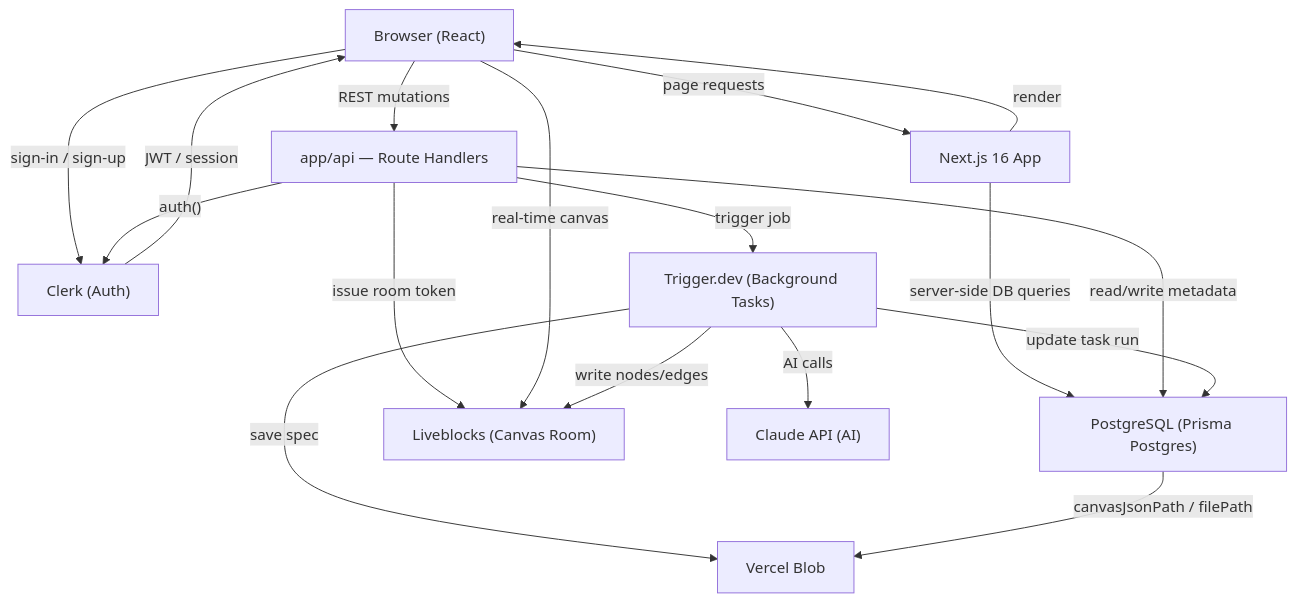
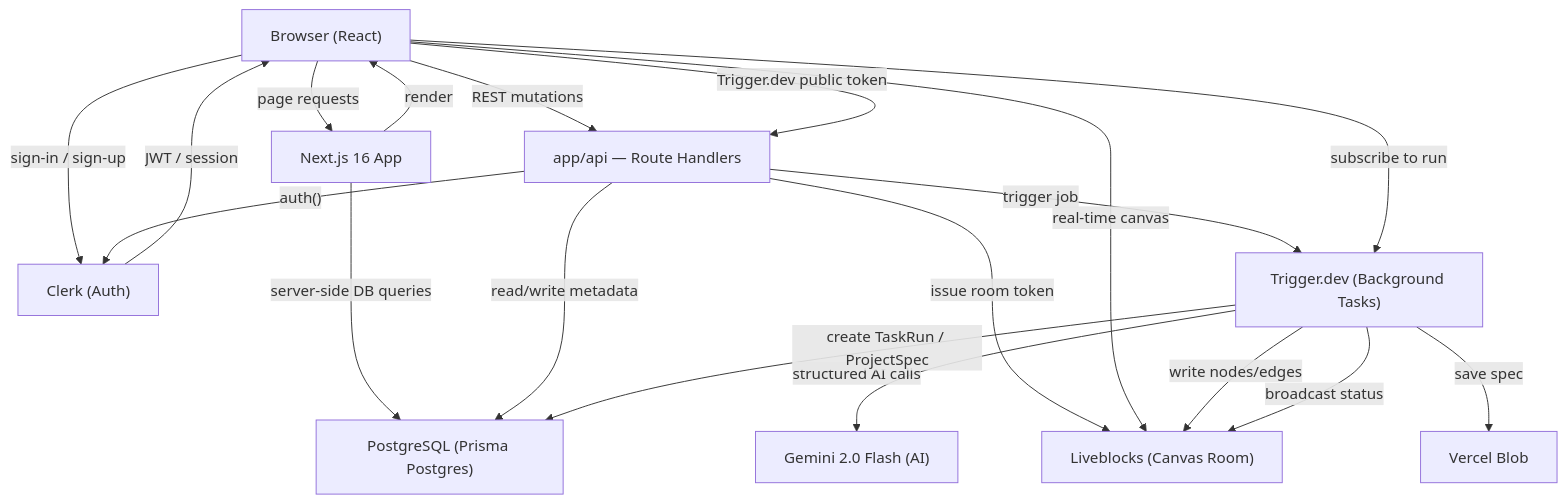
The first of 6 diagrams in docs/architecture.md (shaynemeyer/ghost-ai), drawn with Mermaid before and after one commit. The commit also changed other lines of this file and 2 other files, not shown here.

````diff
--- a/docs/architecture.md
+++ b/docs/architecture.md
@@ -23,29 +24,31 @@
 ```mermaid
 graph TD
     Browser["Browser (React)"]
     Clerk["Clerk (Auth)"]
     NextApp["Next.js 16 App"]
     API["app/api — Route Handlers"]
     DB["PostgreSQL (Prisma Postgres)"]
     Blob["Vercel Blob"]
     Liveblocks["Liveblocks (Canvas Room)"]
     Trigger["Trigger.dev (Background Tasks)"]
-    Claude["Claude API (AI)"]
+    Gemini["Gemini 2.0 Flash (AI)"]
 
     Browser -->|"sign-in / sign-up"| Clerk
     Clerk -->|"JWT / session"| Browser
     Browser -->|"page requests"| NextApp
     NextApp -->|"server-side DB queries"| DB
     NextApp -->|"render"| Browser
     Browser -->|"REST mutations"| API
     API -->|"auth()"| Clerk
     API -->|"read/write metadata"| DB
     API -->|"trigger job"| Trigger
     API -->|"issue room token"| Liveblocks
     Browser -->|"real-time canvas"| Liveblocks
-    Trigger -->|"AI calls"| Claude
+    Browser -->|"Trigger.dev public token"| API
+    Browser -->|"subscribe to run"| Trigger
+    Trigger -->|"structured AI calls"| Gemini
     Trigger -->|"write nodes/edges"| Liveblocks
+    Trigger -->|"broadcast status"| Liveblocks
     Trigger -->|"save spec"| Blob
-    Trigger -->|"update task run"| DB
-    DB -->|"canvasJsonPath / filePath"| Blob
+    Trigger -->|"create TaskRun / ProjectSpec"| DB
 ```
````
